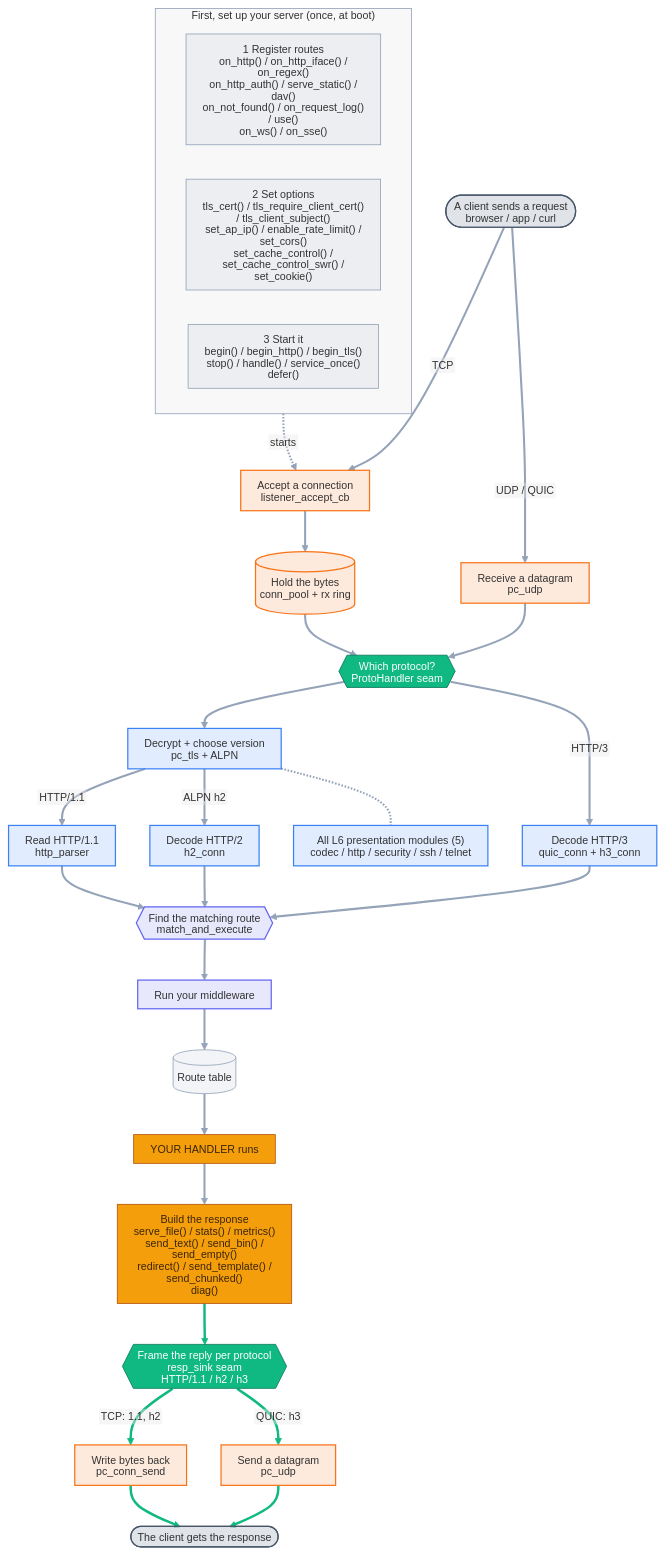
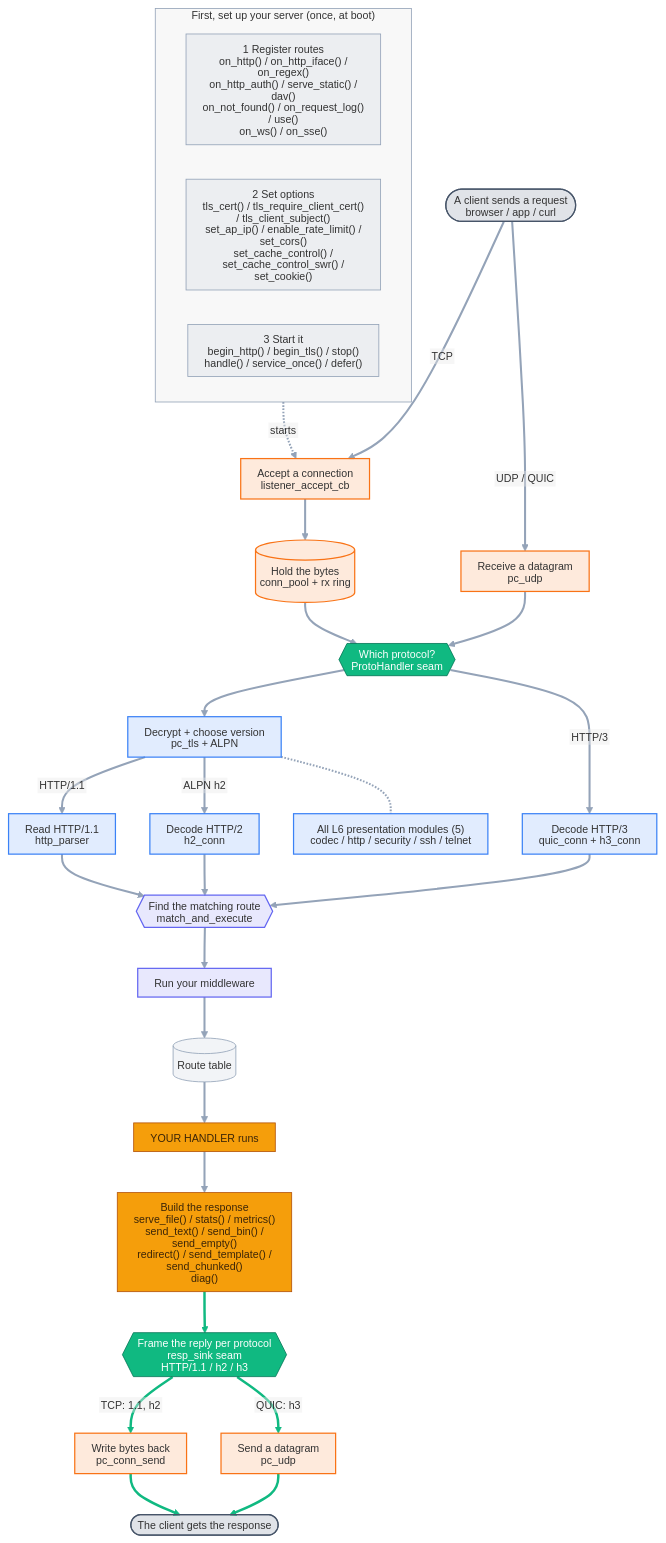
One commit to dstroy0/DeterministicESPAsyncWebServer changed the diagram in docs/diagrams/api_flow_detail.mmd. Above: the diagram before and after it, drawn with Mermaid. The commit also changed 7 other files, not shown here.

```diff
--- a/docs/diagrams/api_flow_detail.mmd
+++ b/docs/diagrams/api_flow_detail.mmd
@@ -1,71 +1,71 @@
 %%{init: {'htmlLabels':false,'themeVariables':{'fontFamily':'sans-serif','fontSize':'13px','lineColor':'#94a3b8'},'flowchart':{'curve':'basis','nodeSpacing':42,'rankSpacing':50,'padding':10,'useMaxWidth':true,'htmlLabels':false}}}%%
 flowchart TB
   %% Auto-generated from the public API, proto_builtins.cpp, and presentation/ on disk.
   subgraph SETUP["First, set up your server (once, at boot)"]
     direction LR
     reg["1 Register routes<br/>on_http() / on_http_iface() / on_regex()<br/>on_http_auth() / serve_static() / dav()<br/>on_not_found() / on_request_log() / use()<br/>on_ws() / on_sse()"]
     cfg["2 Set options<br/>tls_cert() / tls_require_client_cert() / tls_client_subject()<br/>set_ap_ip() / enable_rate_limit() / set_cors()<br/>set_cache_control() / set_cache_control_swr() / set_cookie()"]
-    run["3 Start it<br/>begin() / begin_http() / begin_tls()<br/>stop() / handle() / service_once()<br/>defer()"]
+    run["3 Start it<br/>begin_http() / begin_tls() / stop()<br/>handle() / service_once() / defer()"]
   end
 
   cin(["A client sends a request<br/>browser / app / curl"])
   listen["Accept a connection<br/>listener_accept_cb"]
   ring[("Hold the bytes<br/>conn_pool + rx ring")]
   udprx["Receive a datagram<br/>pc_udp"]
   seam{{"Which protocol?<br/>ProtoHandler seam<br/>"}}
   tls["Decrypt + choose version<br/>pc_tls + ALPN"]
   parser["Read HTTP/1.1<br/>http_parser"]
   h2["Decode HTTP/2<br/>h2_conn"]
   h3["Decode HTTP/3<br/>quic_conn + h3_conn"]
   mae{{"Find the matching route<br/>match_and_execute"}}
   mw["Run your middleware"]
   routes[("Route table")]
   handler["YOUR HANDLER runs"]
   resp["Build the response<br/>serve_file() / stats() / metrics()<br/>send_text() / send_bin() / send_empty()<br/>redirect() / send_template() / send_chunked()<br/>diag()"]
   sink{{"Frame the reply per protocol<br/>resp_sink seam<br/>HTTP/1.1 / h2 / h3"}}
   consend["Write bytes back<br/>pc_conn_send"]
   udptx["Send a datagram<br/>pc_udp"]
   cout(["The client gets the response"])
   mods["All L6 presentation modules (5)<br/>codec / http / security / ssh / telnet"]
 
   run -.->|starts| listen
   cin ==>|TCP| listen
   listen --> ring
   ring --> seam
   cin ==>|UDP / QUIC| udprx
   udprx --> seam
   seam --> tls
   tls -->|HTTP/1.1| parser
   tls -->|ALPN h2| h2
   seam -->|HTTP/3| h3
   parser --> mae
   h2 --> mae
   h3 --> mae
   mae --> mw
   mw --> routes
   routes --> handler
   handler --> resp
   resp --> sink
   sink -->|TCP: 1.1, h2| consend
   sink -->|QUIC: h3| udptx
   consend ==> cout
   udptx ==> cout
   tls -.- mods
 
   class cin,cout ext;
   class reg,cfg,run,routes setup;
   class listen,ring,udprx,udptx,consend l4;
   class seam,sink seam;
   class tls,parser,h2,h3,mods l6;
   class mae,mw l7;
   class handler,resp you;
   classDef ext fill:#64748b33,stroke:#475569,stroke-width:1.5px;
   classDef setup fill:#94a3b81f,stroke:#94a3b8;
   classDef l4 fill:#f9731626,stroke:#f97316,stroke-width:1.5px;
   classDef seam fill:#10b981,stroke:#047857,color:#ffffff;
   classDef l6 fill:#3b82f626,stroke:#3b82f6,stroke-width:1.5px;
   classDef l7 fill:#6366f126,stroke:#6366f1,stroke-width:1.5px;
   classDef you fill:#f59e0b,stroke:#b45309,color:#3b2508;
   style SETUP fill:#8888880f,stroke:#94a3b8,stroke-width:1px;
   linkStyle default stroke-width:2.5px;
   linkStyle 17,18,19,20,21 stroke:#10b981,stroke-width:3px;
```
